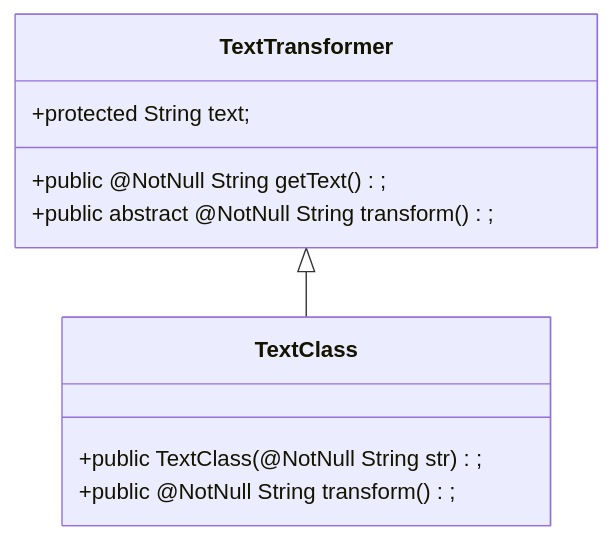
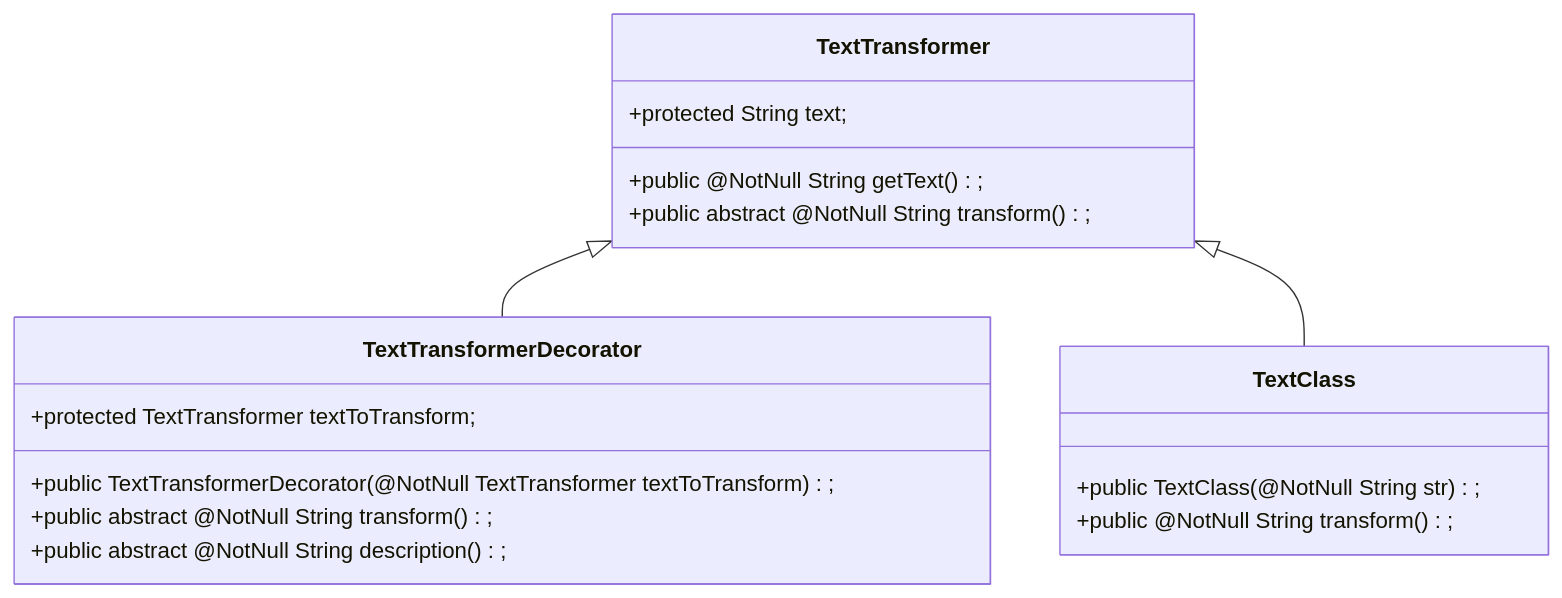
One commit to Dashrek/SK2_R_P_S changed the diagram in exampleclass.md. Above: the diagram before and after it, drawn with Mermaid.

````diff
--- a/exampleclass.md
+++ b/exampleclass.md
@@ -2,13 +2,20 @@
 ```mermaid
 classDiagram
   class TextTransformer {
     +protected String text;
     +public @NotNull String getText();
     +public abstract @NotNull String transform();
   }
   class TextClass {
     +public TextClass(@NotNull String str);
     +public @NotNull String transform();
   }
+  class TextTransformerDecorator{
+    +protected TextTransformer textToTransform;
+    +public TextTransformerDecorator(@NotNull TextTransformer textToTransform);
+    +public abstract @NotNull String transform();
+    +public abstract @NotNull String description();
+  }
+  TextTransformer <|-- TextTransformerDecorator
   TextTransformer <|-- TextClass
 ```
````
